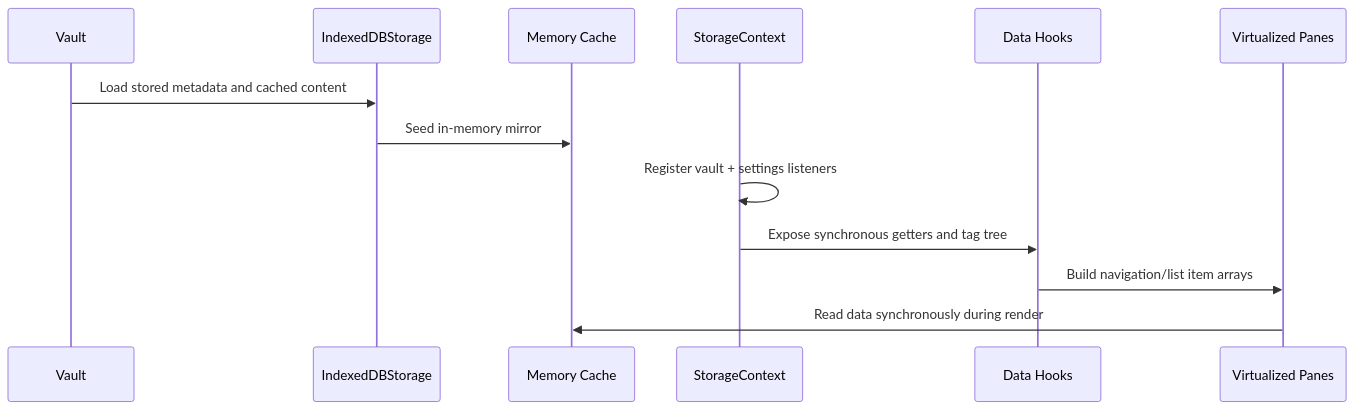
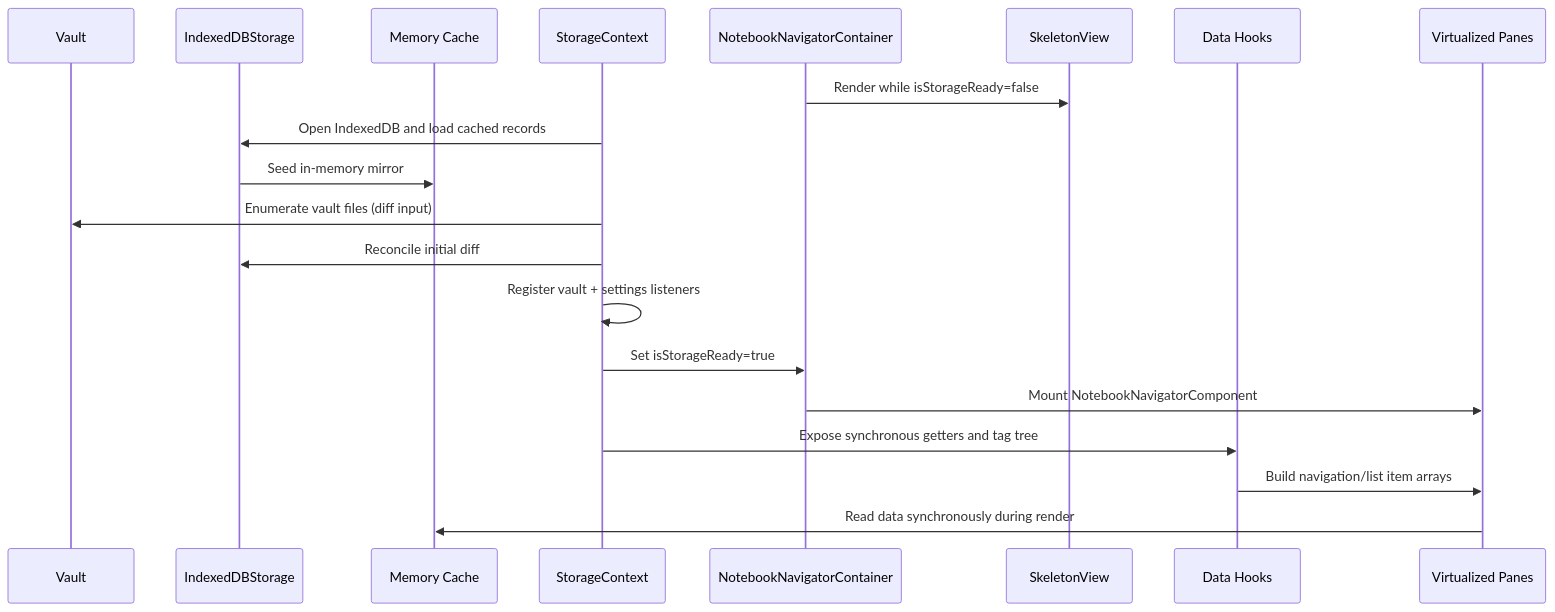
Before and after one commit to voi-tech/notebook-navigator: the fourth of 6 diagrams in docs/rendering-architecture.md, drawn with Mermaid. The commit also changed other lines of this file and 7 other files, not shown here.

````diff
--- a/docs/rendering-architecture.md
+++ b/docs/rendering-architecture.md
@@ -432,16 +534,23 @@
 ```mermaid
 sequenceDiagram
     participant V as Vault
     participant DB as IndexedDBStorage
     participant MC as Memory Cache
     participant ST as StorageContext
+    participant NC as NotebookNavigatorContainer
+    participant SK as SkeletonView
     participant DH as Data Hooks
     participant UI as Virtualized Panes
 
-    V->>DB: Load stored metadata and cached content
+    NC->>SK: Render while isStorageReady=false
+    ST->>DB: Open IndexedDB and load cached records
     DB->>MC: Seed in-memory mirror
+    ST->>V: Enumerate vault files (diff input)
+    ST->>DB: Reconcile initial diff
     ST->>ST: Register vault + settings listeners
+    ST->>NC: Set isStorageReady=true
+    NC->>UI: Mount NotebookNavigatorComponent
     ST->>DH: Expose synchronous getters and tag tree
     DH->>UI: Build navigation/list item arrays
     UI->>MC: Read data synchronously during render
 ```
````
